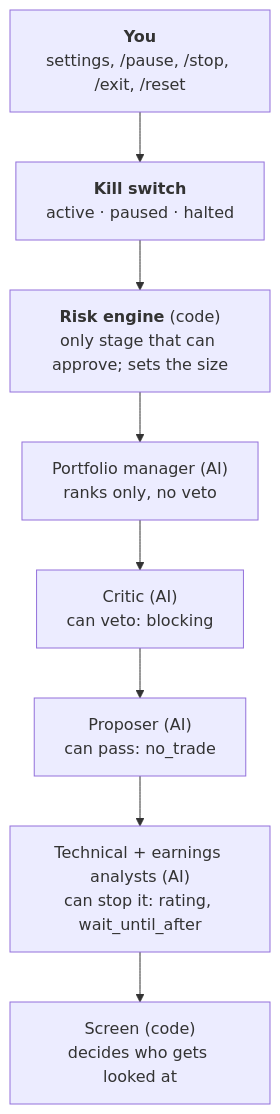
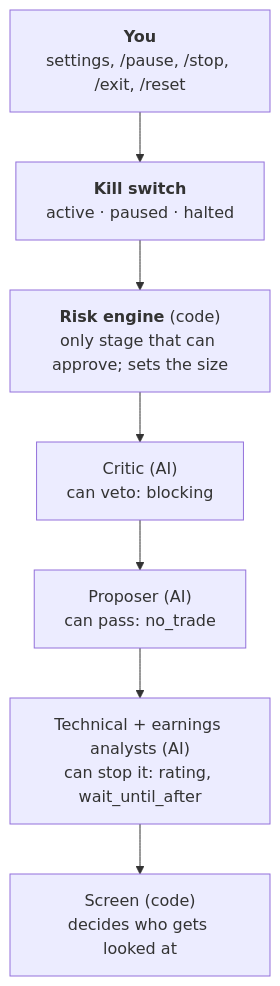
One commit to klausrossmann/trading-agent changed the third of 3 diagrams in HOW-IT-WORKS.md. Above: the diagram before and after it, drawn with Mermaid. The commit also changed other lines of this file and 104 other files, not shown here.

````diff
--- a/HOW-IT-WORKS.md
+++ b/HOW-IT-WORKS.md
@@ -381,13 +382,12 @@
 ```mermaid
 flowchart TB
     You["<b>You</b><br/>settings, /pause, /stop, /exit, /reset"]
     KS["<b>Kill switch</b><br/>active · paused · halted"]
     RE["<b>Risk engine</b> (code)<br/>only stage that can approve; sets the size"]
-    PM["Portfolio manager (AI)<br/>ranks only, no veto"]
     CR["Critic (AI)<br/>can veto: blocking"]
     PR["Proposer (AI)<br/>can pass: no_trade"]
     AN["Technical + earnings analysts (AI)<br/>can stop it: rating, wait_until_after"]
     SC["Screen (code)<br/>decides who gets looked at"]
 
-    You --> KS --> RE --> PM --> CR --> PR --> AN --> SC
+    You --> KS --> RE --> CR --> PR --> AN --> SC
 ```
````
